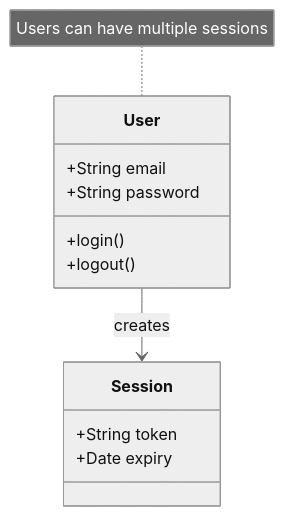
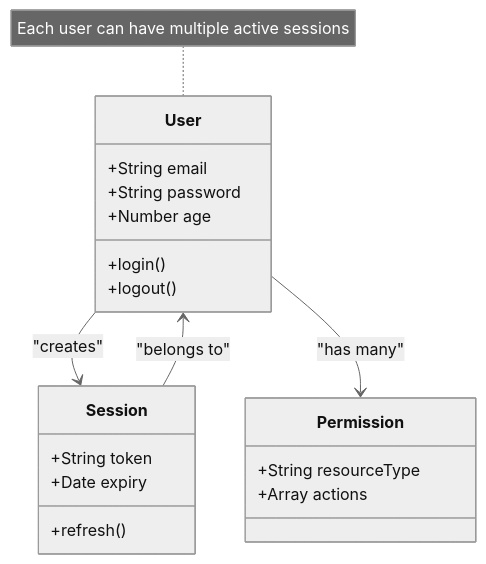
The fifth of 5 diagrams in backend/instructions/analyze-domain-documentation.md (Alequez97/codebase-analyzer), drawn with Mermaid (neutral theme) before and after one commit. The commit also changed other lines of this file, not shown here.

Commit message:
feat: update mermaid diagram examples and syntax rules for clarity and accuracy

````diff
--- a/backend/instructions/analyze-domain-documentation.md
+++ b/backend/instructions/analyze-domain-documentation.md
@@ -129,18 +158,27 @@
 ```mermaid
 classDiagram
   class User {
     +String email
     +String password
+    +Number age
     +login()
     +logout()
   }
 
   class Session {
     +String token
     +Date expiry
+    +refresh()
   }
 
-  User --> Session: creates
+  class Permission {
+    +String resourceType
+    +Array actions
+  }
 
-  note for User "Users can have multiple sessions"
+  User --> Session : "creates"
+  User --> Permission : "has many"
+  Session --> User : "belongs to"
+
+  note for User "Each user can have multiple active sessions"
 ```
````
